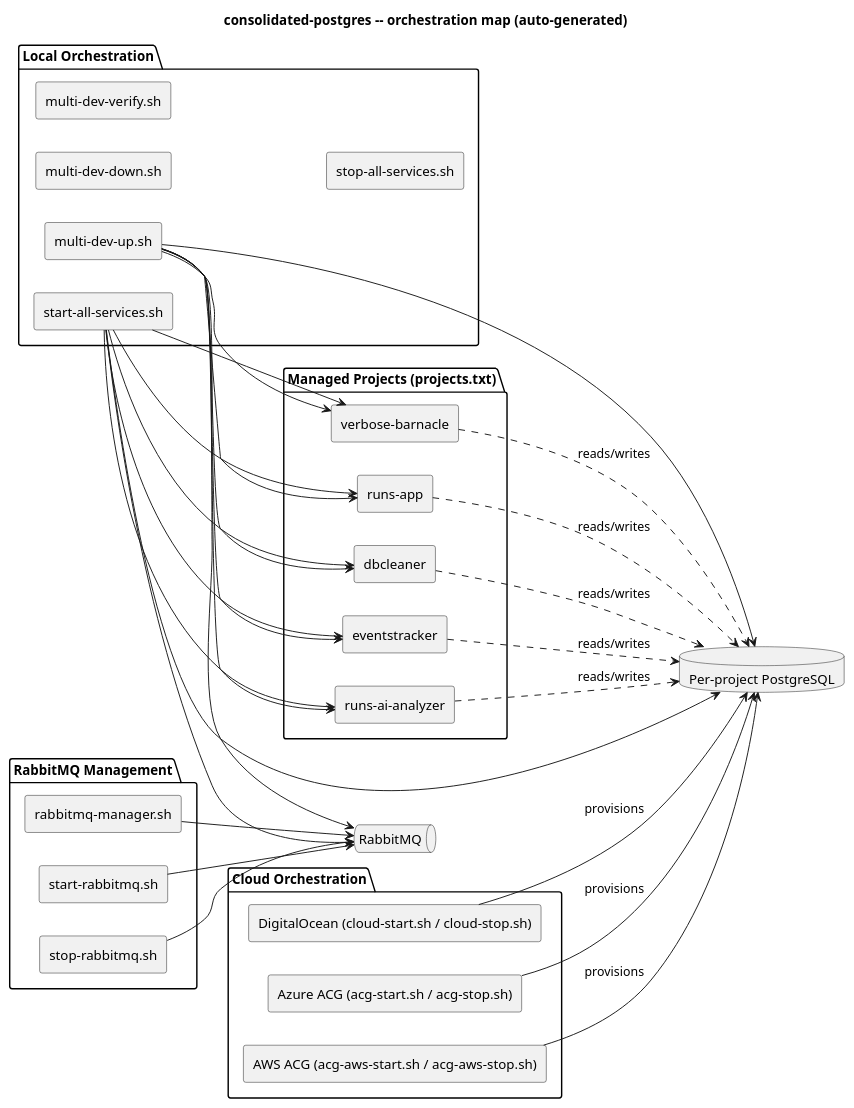
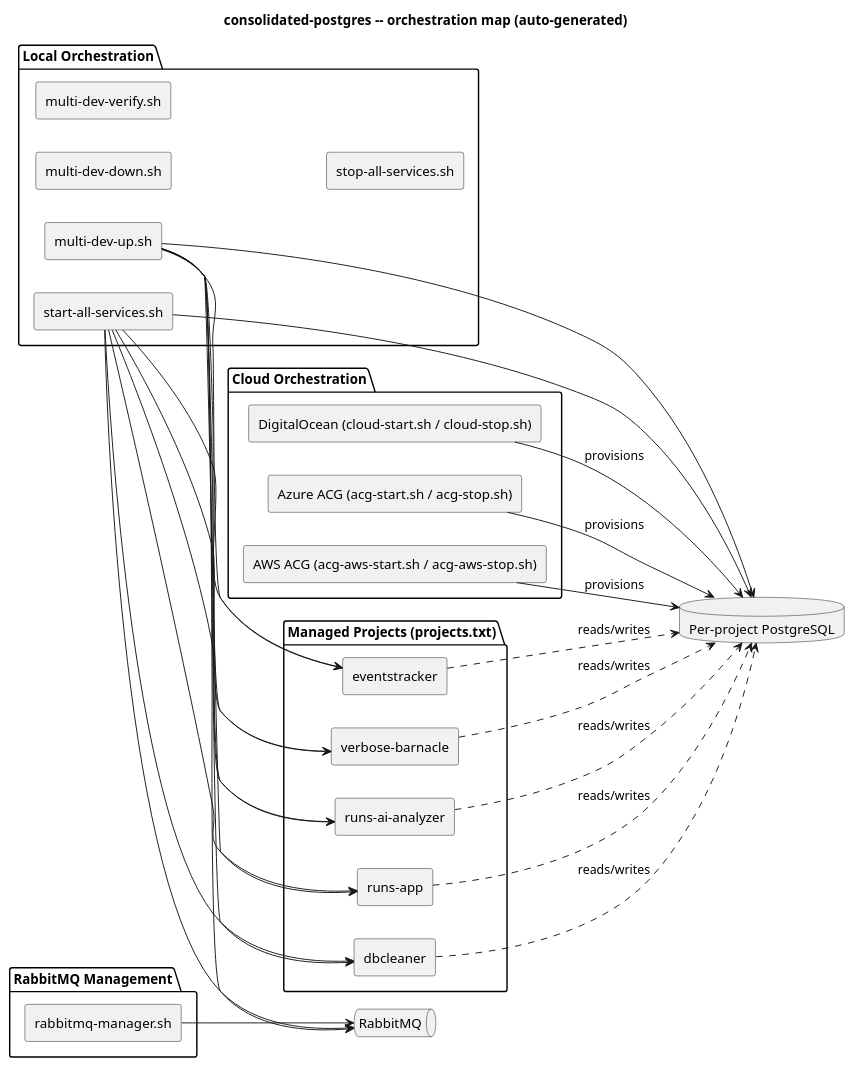
One commit to sathishjayapal/consolidated-postgres changed the diagram in README.md. Above: the diagram before and after it, drawn with PlantUML. The commit also changed other lines of this file and 3 other files, not shown here.

First line of the commit message:
chore: remove start-rabbitmq.sh/stop-rabbitmq.sh superseded by rabbitmq-manager.sh

````diff
--- a/README.md
+++ b/README.md
@@ -31,64 +31,60 @@
 ```plantuml
 @startuml
 title consolidated-postgres -- orchestration map (auto-generated)
 skinparam componentStyle rectangle
 left to right direction
 
 package "Local Orchestration" {
   [multi-dev-up.sh] as multi_dev_up_sh
   [multi-dev-down.sh] as multi_dev_down_sh
   [multi-dev-verify.sh] as multi_dev_verify_sh
   [start-all-services.sh] as start_all_services_sh
   [stop-all-services.sh] as stop_all_services_sh
 }
 
 package "Cloud Orchestration" {
   [DigitalOcean (cloud-start.sh / cloud-stop.sh)] as DigitalOcean
   [Azure ACG (acg-start.sh / acg-stop.sh)] as Azure_ACG
   [AWS ACG (acg-aws-start.sh / acg-aws-stop.sh)] as AWS_ACG
 }
 
 package "RabbitMQ Management" {
   [rabbitmq-manager.sh] as rabbitmq_manager_sh
-  [start-rabbitmq.sh] as start_rabbitmq_sh
-  [stop-rabbitmq.sh] as stop_rabbitmq_sh
 }
 
 package "Managed Projects (projects.txt)" {
   [eventstracker] as eventstracker
   [runs-app] as runs_app
   [runs-ai-analyzer] as runs_ai_analyzer
   [verbose-barnacle] as verbose_barnacle
   [dbcleaner] as dbcleaner
 }
 
 database "Per-project PostgreSQL" as PG
 queue "RabbitMQ" as MQ
 
 multi_dev_up_sh --> eventstracker
 multi_dev_up_sh --> runs_app
 multi_dev_up_sh --> runs_ai_analyzer
 multi_dev_up_sh --> verbose_barnacle
 multi_dev_up_sh --> dbcleaner
 multi_dev_up_sh --> PG
 multi_dev_up_sh --> MQ
 start_all_services_sh --> eventstracker
 start_all_services_sh --> runs_app
 start_all_services_sh --> runs_ai_analyzer
 start_all_services_sh --> verbose_barnacle
 start_all_services_sh --> dbcleaner
 start_all_services_sh --> PG
 start_all_services_sh --> MQ
 DigitalOcean --> PG : provisions
 Azure_ACG --> PG : provisions
 AWS_ACG --> PG : provisions
 rabbitmq_manager_sh --> MQ
-start_rabbitmq_sh --> MQ
-stop_rabbitmq_sh --> MQ
 eventstracker ..> PG : reads/writes
 runs_app ..> PG : reads/writes
 runs_ai_analyzer ..> PG : reads/writes
 verbose_barnacle ..> PG : reads/writes
 dbcleaner ..> PG : reads/writes
 @enduml
 ```
````
